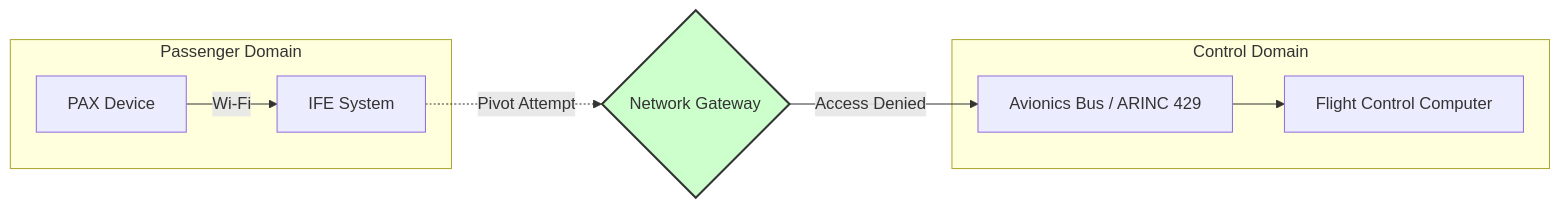
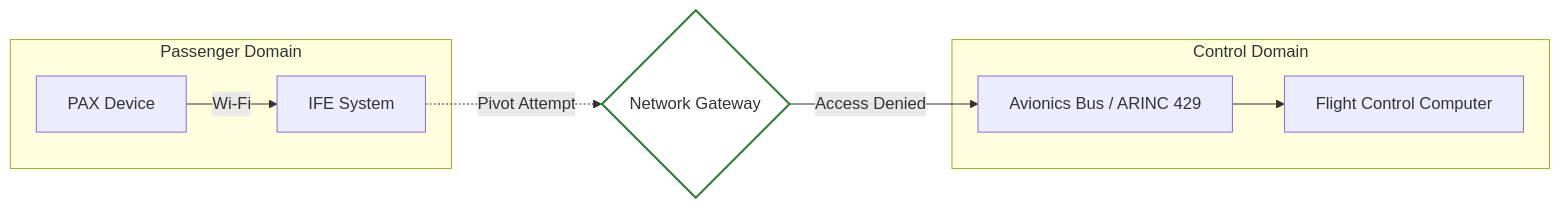
Before and after one commit to Faizan-Khanx/AeroSpaceHacking: the fifth of 8 diagrams in README.md, drawn with Mermaid. The commit also changed other lines of this file, not shown here.

````diff
--- a/README.md
+++ b/README.md
@@ -531,18 +539,18 @@
 ```mermaid
 graph LR
     subgraph PIED ["Passenger Domain"]
     A[PAX Device] -->|Wi-Fi| B[IFE System]
     end
     
     subgraph ACD ["Control Domain"]
     D[Avionics Bus / ARINC 429] --> E[Flight Control Computer]
     end
     
     B -.->|Pivot Attempt| C{Network Gateway}
     C -->|Access Denied| D
     
-    classDef defense fill:#ccffcc,stroke:#333,stroke-width:2px;
+    classDef defense stroke:#2E7D32,stroke-width:2px,fill:none;
     class C defense;
     
     %% Note: Hardware Air-Gaps & Data Diodes prevent physical signal flow to ACD.
 ```
````
